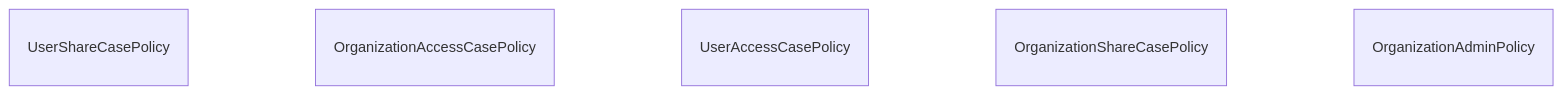
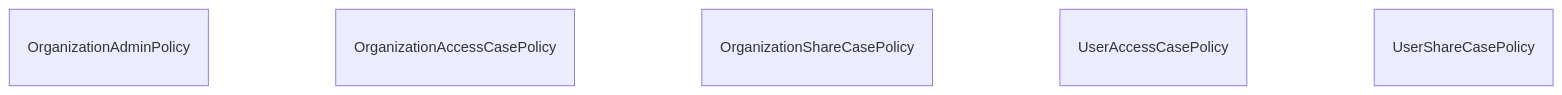
Before and after one commit to RIVM-bioinformatics/gen-epix-api: the diagram in docs/erm/casedb.abac.md, drawn with Mermaid. The commit also changed other lines of this file and 53 other files, not shown here.

Commit message:
feat: fastapp Domain.get_dag_sorted_services and Entity.topological_sort added fix: fastapp Domain.get_dag_sorted_entities/models fixed refactor: generation of mermaid ERM diagrams done in reproducible DAG order rather than random order

````diff
--- a/docs/erm/casedb.abac.md
+++ b/docs/erm/casedb.abac.md
@@ -5,20 +5,20 @@
 ```mermaid
 erDiagram
     %% casedb / ABAC (simplified)
 
-    UserShareCasePolicy {
+    OrganizationAdminPolicy {
     }
 
     OrganizationAccessCasePolicy {
     }
 
+    OrganizationShareCasePolicy {
+    }
+
     UserAccessCasePolicy {
     }
 
-    OrganizationShareCasePolicy {
-    }
-
-    OrganizationAdminPolicy {
+    UserShareCasePolicy {
     }
 
 ```
````
